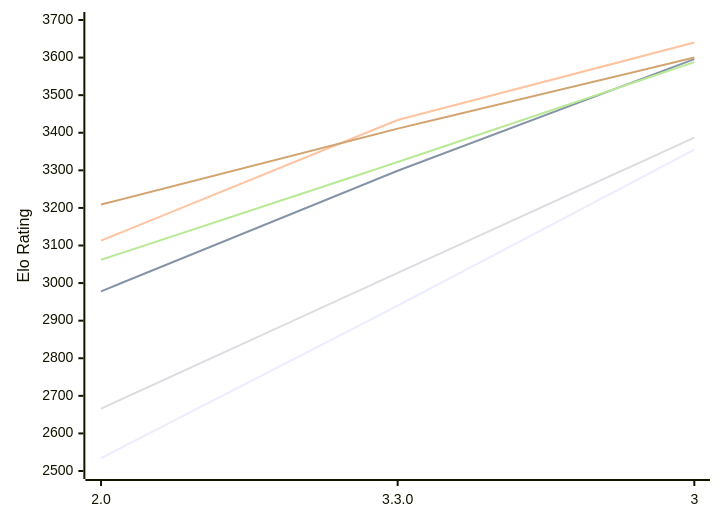
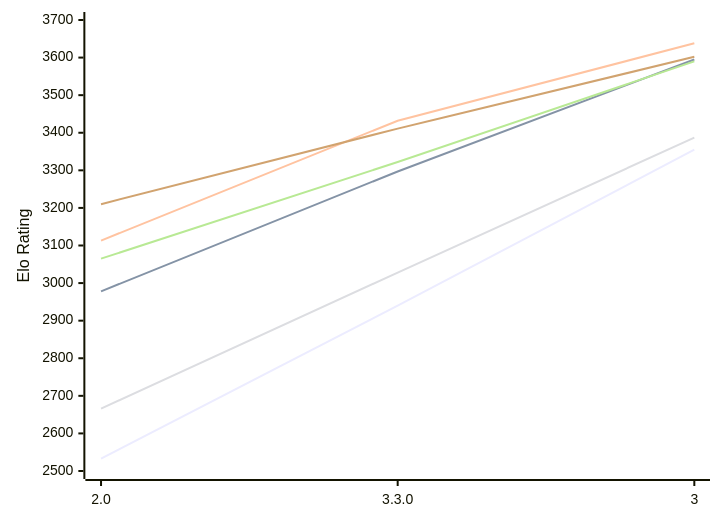
One commit to computer-chess-index/cci changed the diagram in engines/Ravager.md. Above: the diagram before and after it, drawn with Mermaid. The commit also changed other lines of this file, not shown here.

Commit message:
Update CCI Ratings (ELO VLTC) - 2026-11-28

````diff
--- a/engines/Ravager.md
+++ b/engines/Ravager.md
@@ -51,12 +51,12 @@
 ```mermaid
 %%{init: {"theme":"base","themeVariables":{"seriesColors:['#a3a3a3','#222221','#faa371']}}}%%
 xychart-beta
   x-axis ["2.0", "3.3.0", "3"]
   y-axis "Elo Rating" 2500 --> 3700
-  line "E1: STC (8.0+0.08s)" [2534, 2940, 3355]
-  line "E1: LTC (60.0+0.60s)" [2978, 3299, 3596]
-  line "E1: VLTC (2m24s+1.12s)" [3113, 3434, 3640]
-  line "P1: STC (8.0+0.08s)" [2666, 3027, 3387]
-  line "P1: LTC (60.0+0.60s)" [3062, 3322, 3588]
-  line "P1: VLTC (2m24s+1.12s)" [3209, 3411, 3600]
+  line "E1: STC (8.0+0.08s)" [2533, 2940, 3355]
+  line "E1: LTC (60.0+0.60s)" [2978, 3297, 3595]
+  line "E1: VLTC (2m24s+1.12s)" [3113, 3432, 3638]
+  line "P1: STC (8.0+0.08s)" [2666, 3028, 3387]
+  line "P1: LTC (60.0+0.60s)" [3065, 3322, 3590]
+  line "P1: VLTC (2m24s+1.12s)" [3210, 3411, 3602]
 ```
````
